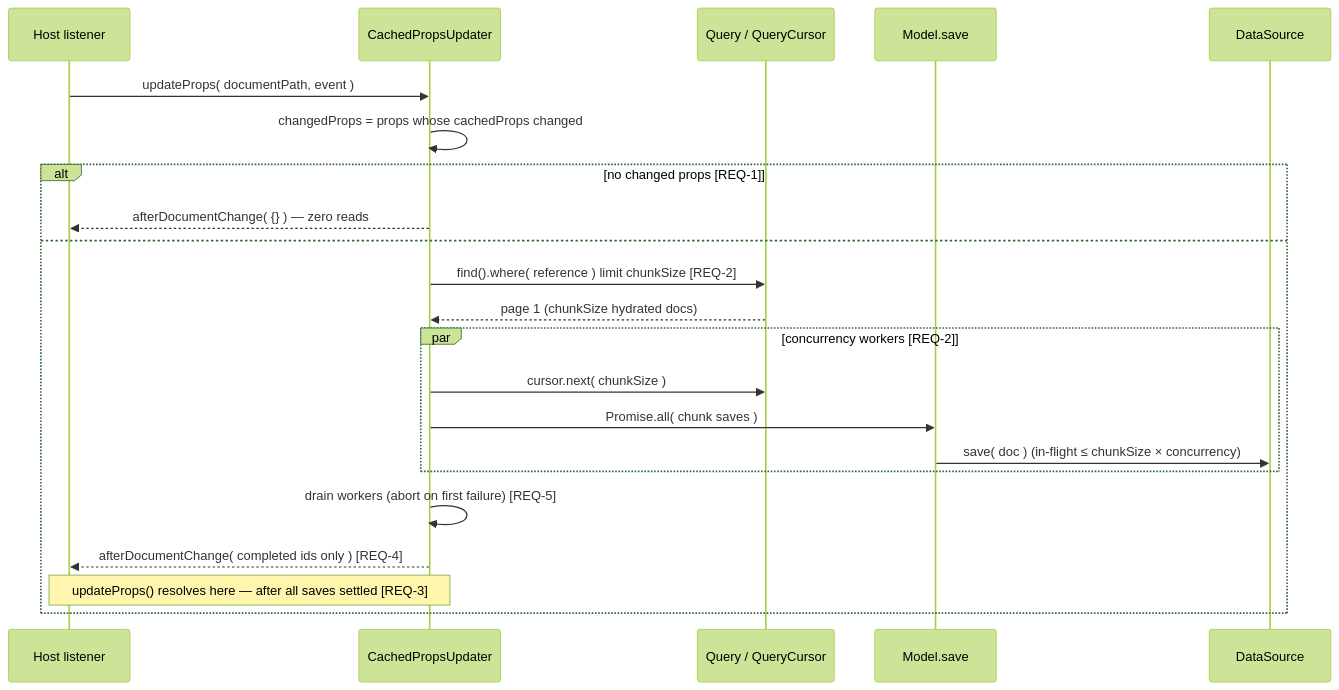
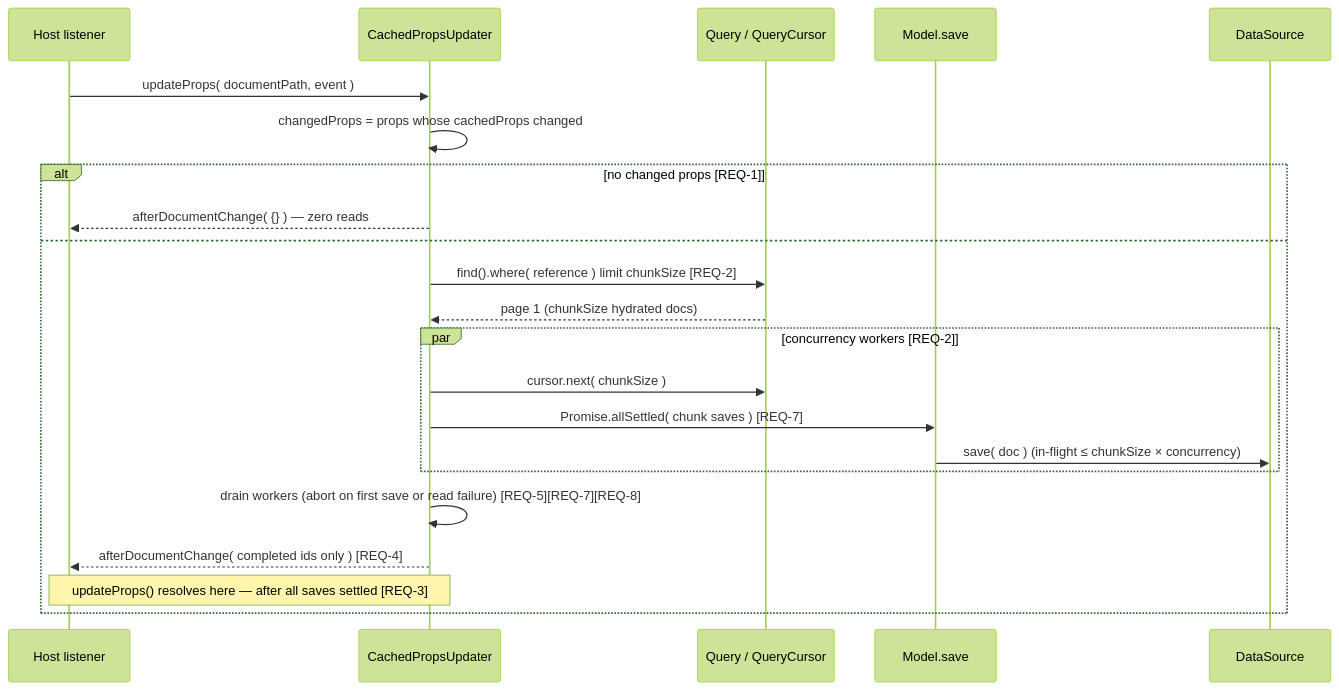
The first of 3 diagrams in specs/gh-issue-19/cached-props-fanout-design.md (entropic-bond/entropic-bond), drawn with Mermaid (forest theme) before and after one commit. The commit also changed other lines of this file and 3 other files, not shown here.

First line of the commit message:
fix: drain failing page and abort on read failure in CachedPropsUpdater fan-out

````diff
--- a/specs/gh-issue-19/cached-props-fanout-design.md
+++ b/specs/gh-issue-19/cached-props-fanout-design.md
@@ -27,25 +29,25 @@
 ```mermaid
 sequenceDiagram
   participant Host as Host listener
   participant CPU as CachedPropsUpdater
   participant Q as Query / QueryCursor
   participant MS as Model.save
   participant DS as DataSource
 
   Host->>CPU: updateProps( documentPath, event )
   CPU->>CPU: changedProps = props whose cachedProps changed
   alt no changed props [REQ-1]
     CPU-->>Host: afterDocumentChange( {} ) — zero reads
   else
     CPU->>Q: find().where( reference ) limit chunkSize [REQ-2]
     Q-->>CPU: page 1 (chunkSize hydrated docs)
     par concurrency workers [REQ-2]
       CPU->>Q: cursor.next( chunkSize )
-      CPU->>MS: Promise.all( chunk saves )
+      CPU->>MS: Promise.allSettled( chunk saves ) [REQ-7]
       MS->>DS: save( doc )  (in-flight ≤ chunkSize × concurrency)
     end
-    CPU->>CPU: drain workers (abort on first failure) [REQ-5]
+    CPU->>CPU: drain workers (abort on first save or read failure) [REQ-5][REQ-7][REQ-8]
     CPU-->>Host: afterDocumentChange( completed ids only ) [REQ-4]
     Note over Host,CPU: updateProps() resolves here — after all saves settled [REQ-3]
   end
 ```
````
